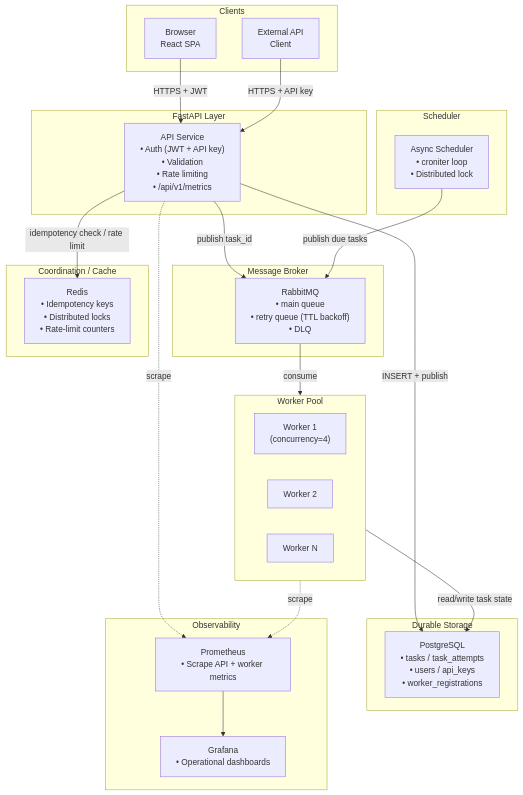
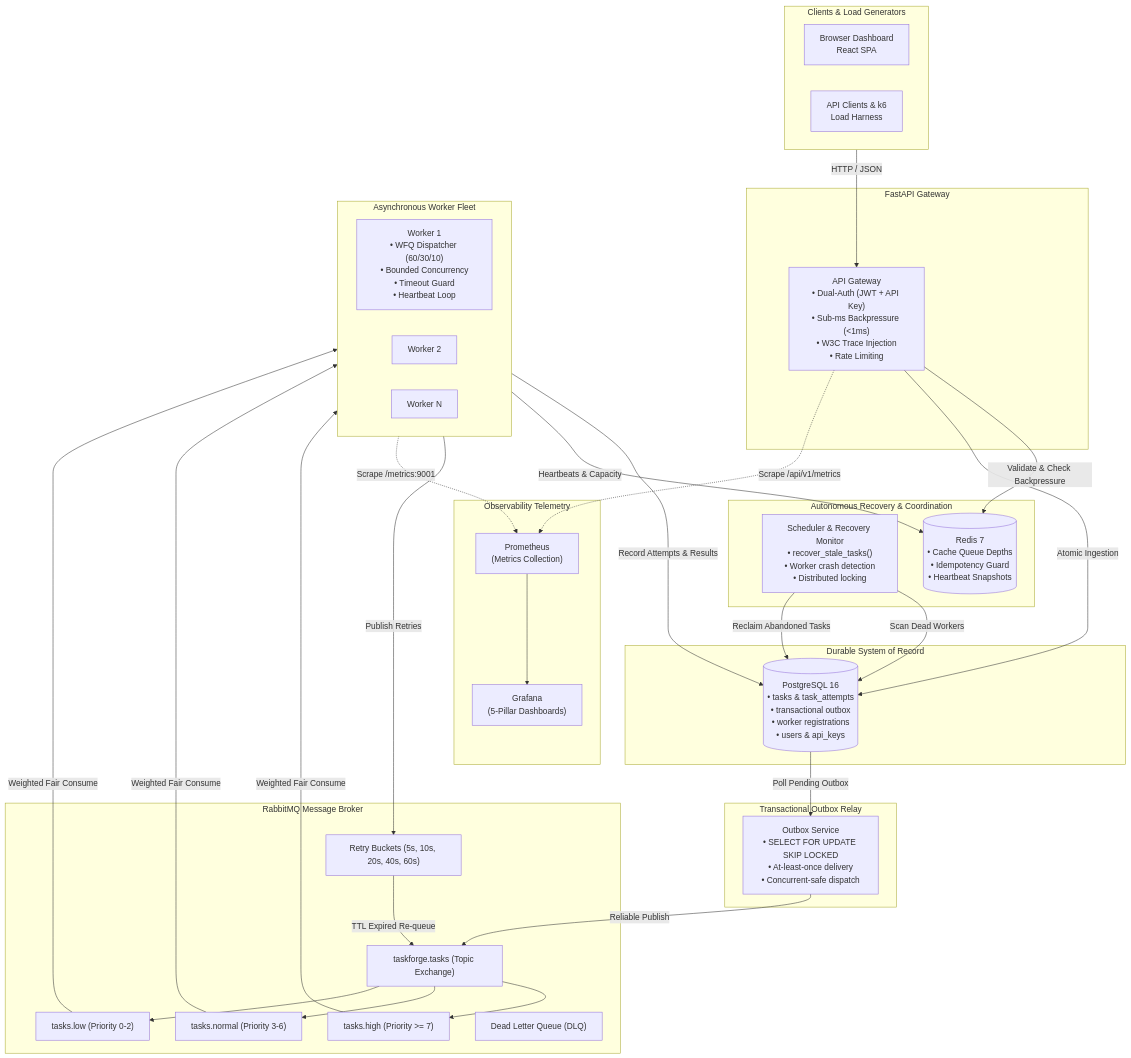
The first of 2 diagrams in README.md (AJambla/TaskForge-Distributed-Task-Processing-Platform), drawn with Mermaid before and after one commit. The commit also changed other lines of this file, not shown here.

Commit message:
docs: overhaul README with 5 pillars, architecture, benchmark metrics, and comparison [Step 7.1]

````diff
--- a/README.md
+++ b/README.md
@@ -19,50 +112,61 @@
 ```mermaid
 flowchart TB
-    subgraph client["Clients"]
-        B["Browser\nReact SPA"]
-        E["External API\nClient"]
+    subgraph clients["Clients & Load Generators"]
+        B["Browser Dashboard\nReact SPA"]
+        CLI["API Clients & k6\nLoad Harness"]
     end
 
-    subgraph api["FastAPI Layer"]
-        API["API Service\n• Auth (JWT + API key)\n• Validation\n• Rate limiting\n• /api/v1/metrics"]
+    subgraph api["FastAPI Gateway"]
+        GW["API Gateway\n• Dual-Auth (JWT + API Key)\n• Sub-ms Backpressure (<1ms)\n• W3C Trace Injection\n• Rate Limiting"]
     end
 
-    subgraph store["Durable Storage"]
-        PG["PostgreSQL\n• tasks / task_attempts\n• users / api_keys\n• worker_registrations"]
+    subgraph durable["Durable System of Record"]
+        PG[("PostgreSQL 16\n• tasks & task_attempts\n• transactional outbox\n• worker registrations\n• users & api_keys")]
     end
 
-    subgraph broker["Message Broker"]
-        RMQ["RabbitMQ\n• main queue\n• retry queue (TTL backoff)\n• DLQ"]
+    subgraph outbox["Transactional Outbox Relay"]
+        RELAY["Outbox Service\n• SELECT FOR UPDATE SKIP LOCKED\n• At-least-once delivery\n• Concurrent-safe dispatch"]
     end
 
-    subgraph workers["Worker Pool"]
-        W1["Worker 1\n(concurrency=4)"]
+    subgraph broker["RabbitMQ Message Broker"]
+        EX["taskforge.tasks (Topic Exchange)"]
+        QH["tasks.high (Priority >= 7)"]
+        QN["tasks.normal (Priority 3-6)"]
+        QL["tasks.low (Priority 0-2)"]
+        QR["Retry Buckets (5s, 10s, 20s, 40s, 60s)"]
+        QDLQ["Dead Letter Queue (DLQ)"]
+    end
+
+    subgraph workers["Asynchronous Worker Fleet"]
+        W1["Worker 1\n• WFQ Dispatcher (60/30/10)\n• Bounded Concurrency\n• Timeout Guard\n• Heartbeat Loop"]
         W2["Worker 2"]
         WN["Worker N"]
     end
 
-    subgraph coord["Coordination / Cache"]
-        REDIS["Redis\n• Idempotency keys\n• Distributed locks\n• Rate-limit counters"]
+    subgraph recovery["Autonomous Recovery & Coordination"]
+        REC["Scheduler & Recovery Monitor\n• recover_stale_tasks()\n• Worker crash detection\n• Distributed locking"]
+        REDIS[("Redis 7\n• Cache Queue Depths\n• Idempotency Guard\n• Heartbeat Snapshots")]
     end
 
-    subgraph sched["Scheduler"]
-        SCHED["Async Scheduler\n• croniter loop\n• Distributed lock"]
+    subgraph observability["Observability Telemetry"]
+        PROM["Prometheus\n(Metrics Collection)"]
+        GRAF["Grafana\n(5-Pillar Dashboards)"]
     end
 
-    subgraph observability["Observability"]
-        PROM["Prometheus\n• Scrape API + worker metrics"]
-        GRAF["Grafana\n• Operational dashboards"]
-    end
-
-    B -->|HTTPS + JWT| API
-    E -->|HTTPS + API key| API
-    API -->|INSERT + publish| PG
-    API -->|publish task_id| RMQ
-    RMQ -->|consume| workers
-    workers -->|read/write task state| PG
-    API -->|idempotency check / rate limit| REDIS
-    SCHED -->|publish due tasks| RMQ
-    API -.->|scrape| PROM
-    workers -.->|scrape| PROM
+    clients -->|HTTP / JSON| GW
+    GW -->|Validate & Check Backpressure| REDIS
+    GW -->|Atomic Ingestion| PG
+    PG -->|Poll Pending Outbox| RELAY
+    RELAY -->|Reliable Publish| EX
+    EX --> QH & QN & QL
+    QH & QN & QL -->|Weighted Fair Consume| workers
+    workers -->|Record Attempts & Results| PG
+    workers -->|Heartbeats & Capacity| REDIS
+    workers -->|Publish Retries| QR
+    QR -->|TTL Expired Re-queue| EX
+    REC -->|Scan Dead Workers| PG
+    REC -->|Reclaim Abandoned Tasks| PG
+    GW -.->|Scrape /api/v1/metrics| PROM
+    workers -.->|Scrape /metrics:9001| PROM
     PROM --> GRAF
 ```
````
